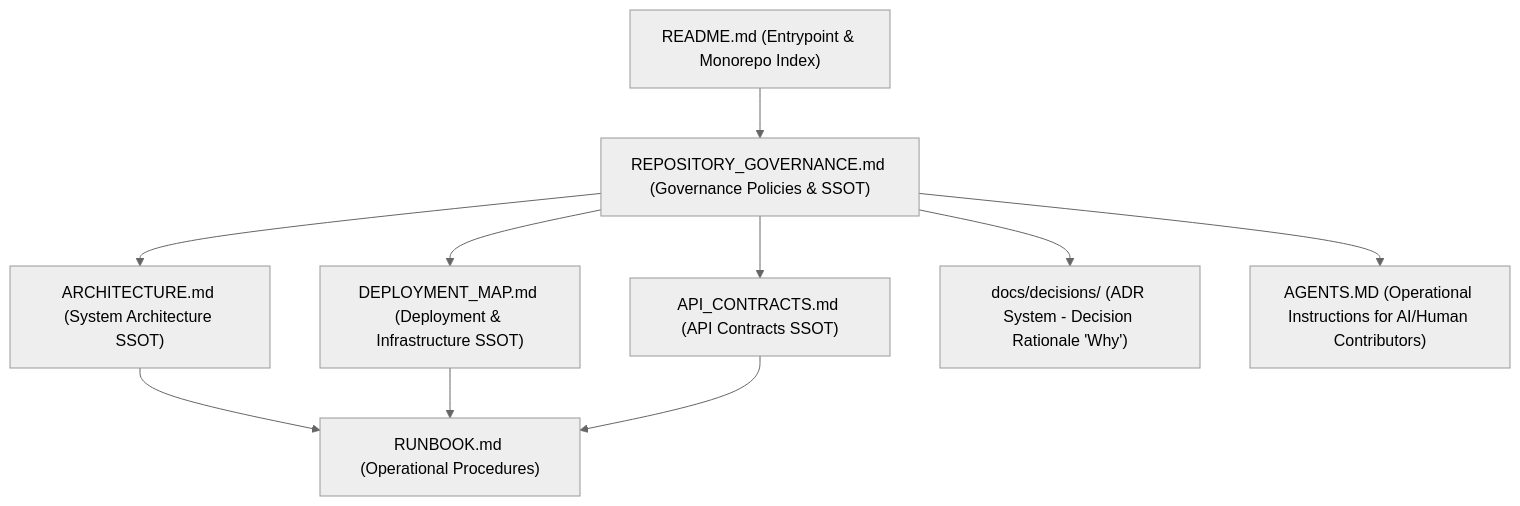
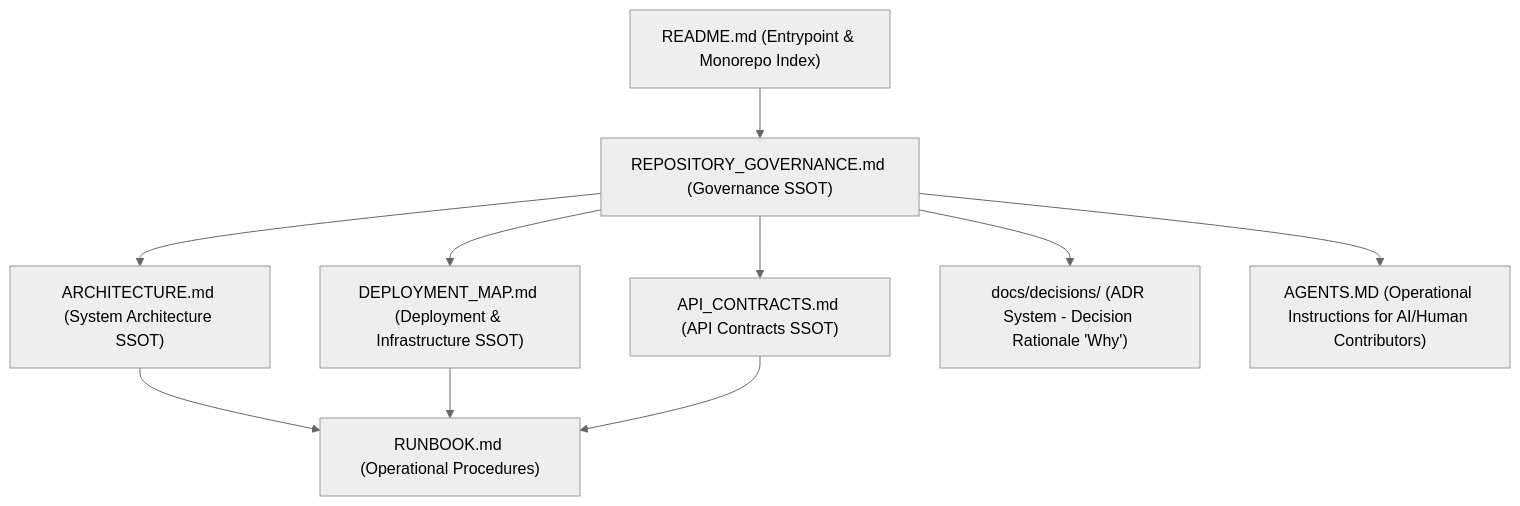
One commit to adminmadusa/MAD-Entertrainment changed the first of 3 diagrams in REPOSITORY_GOVERNANCE.md. Above: the diagram before and after it, drawn with Mermaid (neutral theme). The commit also changed other lines of this file and 1 other file, not shown here.

Commit message:
docs: apply architecture review refinements to governance framework

````diff
--- a/REPOSITORY_GOVERNANCE.md
+++ b/REPOSITORY_GOVERNANCE.md
@@ -43,12 +43,12 @@
 ```mermaid
 graph TD
-    README["README.md (Entrypoint & Monorepo Index)"] --> GOV["REPOSITORY_GOVERNANCE.md (Governance Policies & SSOT)"]
+    README["README.md (Entrypoint & Monorepo Index)"] --> GOV["REPOSITORY_GOVERNANCE.md (Governance SSOT)"]
     GOV --> ARCH["ARCHITECTURE.md (System Architecture SSOT)"]
     GOV --> DEPL["DEPLOYMENT_MAP.md (Deployment & Infrastructure SSOT)"]
     GOV --> API["API_CONTRACTS.md (API Contracts SSOT)"]
     GOV --> ADR["docs/decisions/ (ADR System - Decision Rationale 'Why')"]
     ARCH --> RUN["RUNBOOK.md (Operational Procedures)"]
     DEPL --> RUN
     API --> RUN
     GOV --> AGENTS["AGENTS.MD (Operational Instructions for AI/Human Contributors)"]
 ```
````
